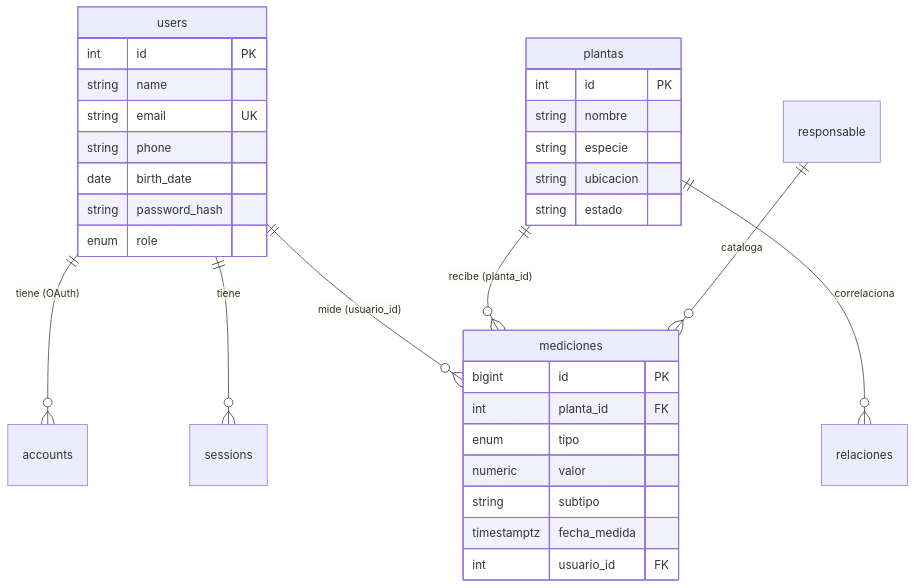
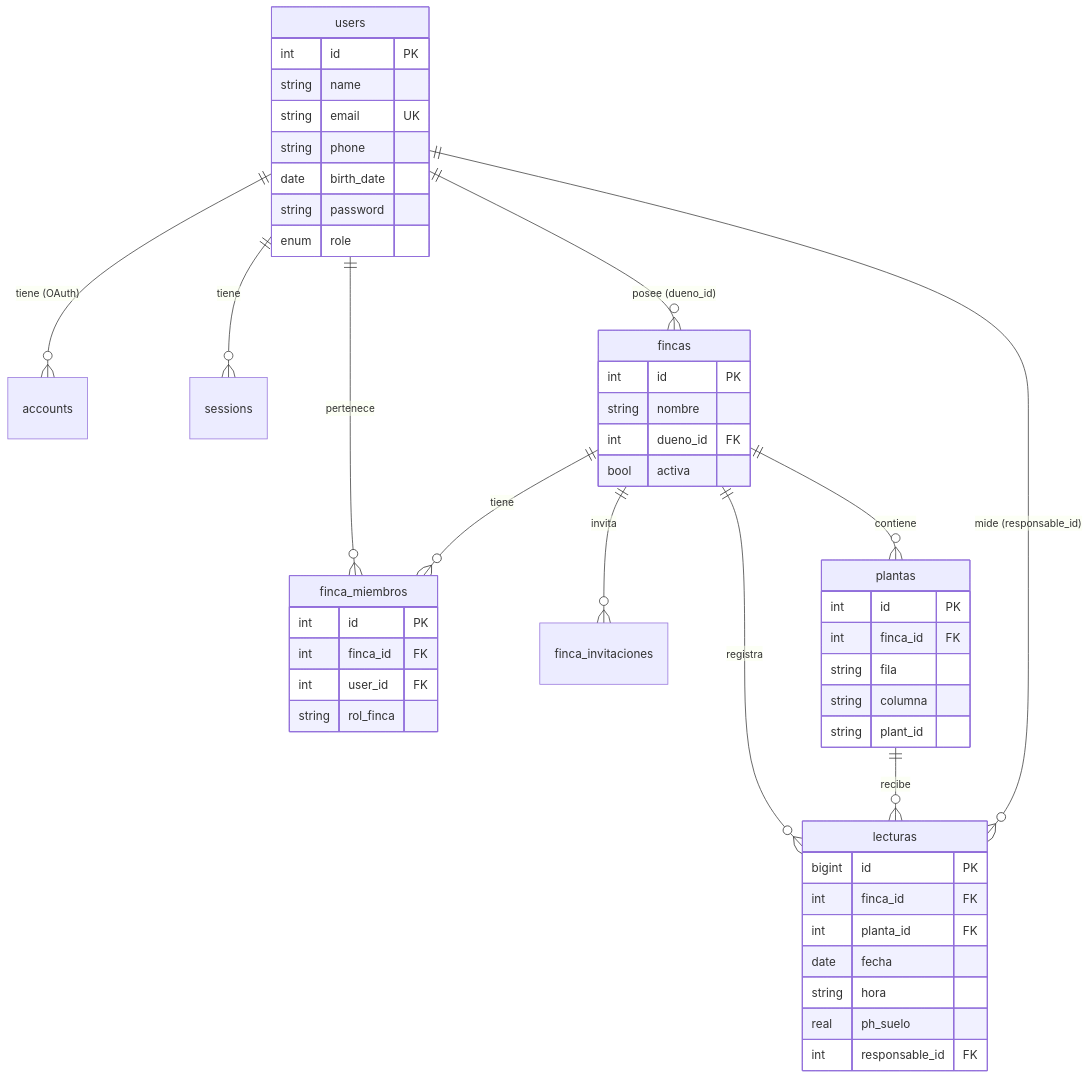
One commit to Jdgb22/Proyect_invernadero changed the diagram in docs/DATABASE.md. Above: the diagram before and after it, drawn with Mermaid. The commit also changed other lines of this file and 81 other files, not shown here.

Commit message:
feat!: multi-finca v2 — roles, finca activa, Sheets solo-dueño y panel staff

````diff
--- a/docs/DATABASE.md
+++ b/docs/DATABASE.md
@@ -121,34 +101,50 @@
 ```mermaid
 erDiagram
     users ||--o{ accounts : "tiene (OAuth)"
     users ||--o{ sessions : "tiene"
-    users ||--o{ mediciones : "mide (usuario_id)"
-    plantas ||--o{ mediciones : "recibe (planta_id)"
-    responsable ||--o{ mediciones : "cataloga"
-    plantas ||--o{ relaciones : "correlaciona"
+    users ||--o{ fincas : "posee (dueno_id)"
+    users ||--o{ finca_miembros : "pertenece"
+    fincas ||--o{ finca_miembros : "tiene"
+    fincas ||--o{ finca_invitaciones : "invita"
+    fincas ||--o{ plantas : "contiene"
+    fincas ||--o{ lecturas : "registra"
+    plantas ||--o{ lecturas : "recibe"
+    users ||--o{ lecturas : "mide (responsable_id)"
+    fincas {
+        int id PK
+        string nombre
+        int dueno_id FK
+        bool activa
+    }
+    finca_miembros {
+        int id PK
+        int finca_id FK
+        int user_id FK
+        string rol_finca
+    }
+    lecturas {
+        bigint id PK
+        int finca_id FK
+        int planta_id FK
+        date fecha
+        string hora
+        real ph_suelo
+        int responsable_id FK
+    }
     users {
         int id PK
         string name
         string email UK
         string phone
         date birth_date
-        string password_hash
+        string password
         enum role
-    }
-    mediciones {
-        bigint id PK
-        int planta_id FK
-        enum tipo
-        numeric valor
-        string subtipo
-        timestamptz fecha_medida
-        int usuario_id FK
     }
     plantas {
         int id PK
-        string nombre
-        string especie
-        string ubicacion
-        string estado
+        int finca_id FK
+        string fila
+        string columna
+        string plant_id
     }
 ```
````
